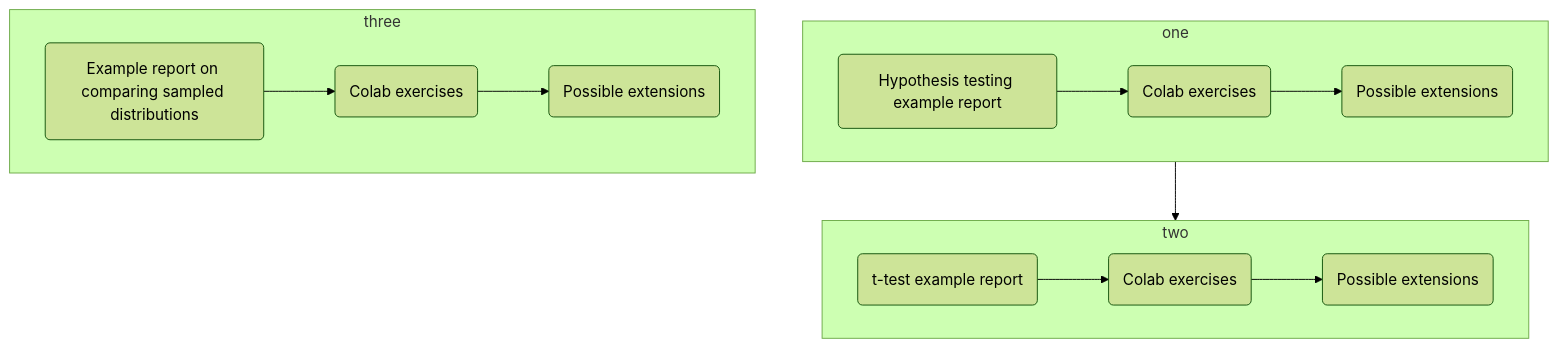
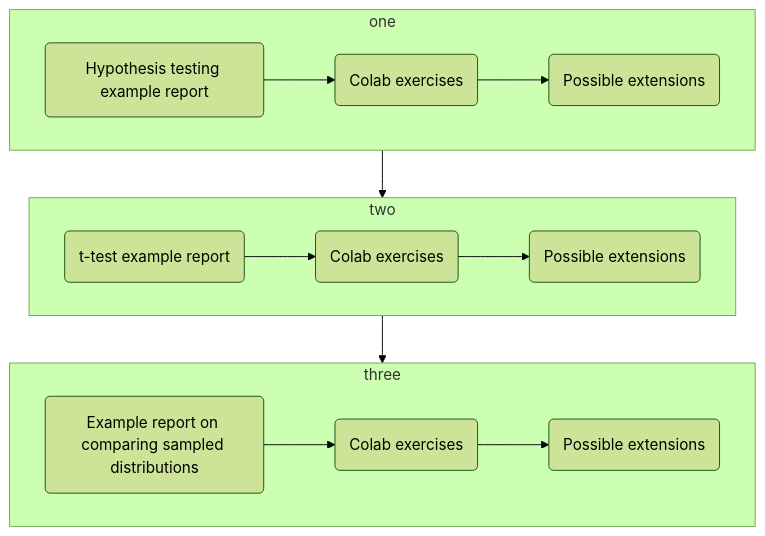
Before and after one commit to autofeedback-exercises/website: the diagram in Hypothesis.md, drawn with Mermaid (forest theme).

````diff
--- a/Hypothesis.md
+++ b/Hypothesis.md
@@ -21,28 +21,29 @@
 ```mermaid
 flowchart TD
   subgraph one
     direction LR
     A("Hypothesis testing example report") --> B("Colab exercises")
     B --> C("Possible extensions")
   end
   one --> two
   subgraph two
     direction LR
     D("t-test example report") --> E("Colab exercises")
     E --> F("Possible extensions")
   end
   subgraph three
     direction LR
     G("Example report on comparing sampled distributions") --> H("Colab exercises")
     H --> I("Possible extensions")
   end
+  two --> three
   click A "hypothesis/hypothesis_testing_basic.pdf" "An example report exploring hypothesis testing by treating the p-values you obtain as random variables"
   click B "README.md" "Colab exercises to introduce you to the basics of hypothesis testing"
   click C "hypothesis/extensions1.html" "Suggested extension activities on hypothesis testing for you to persue"
   click D "hypothesis/t_tests_report.pdf" "An example report exploring performing hypothesis tests using t-tests"
   click E "README.md" "Colab exercises on performing hypothesis using Student-t distribution"
   click F "hypothesis/extensions2.html" "Suggested extension activities on performing hypothesis tests using the t-distribution"
   click G "hypothesis/homogeneity_tests_report.pdf" "An example report on the statitsical tests for homogeneity between distributions"
   click H "README.md" "Colab exercises on performing hypothesis tests to test whether two distributions are the same or different"
   click I "hypothesis/extensions3.html" "Suggested extension activities on investigating statistics for other hypothesis tests"
 ```
````
